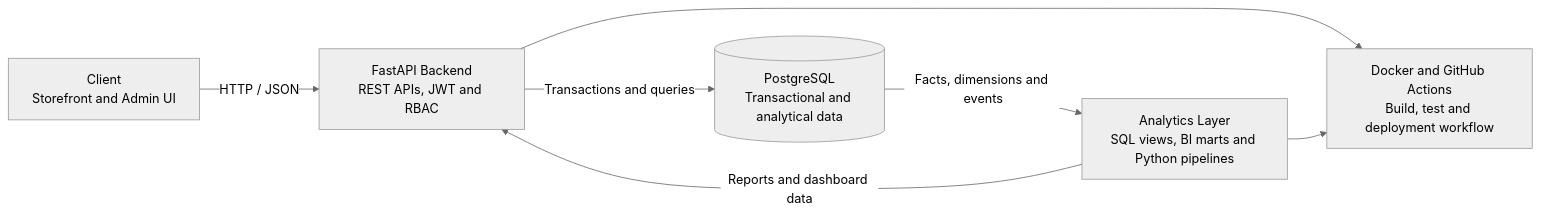
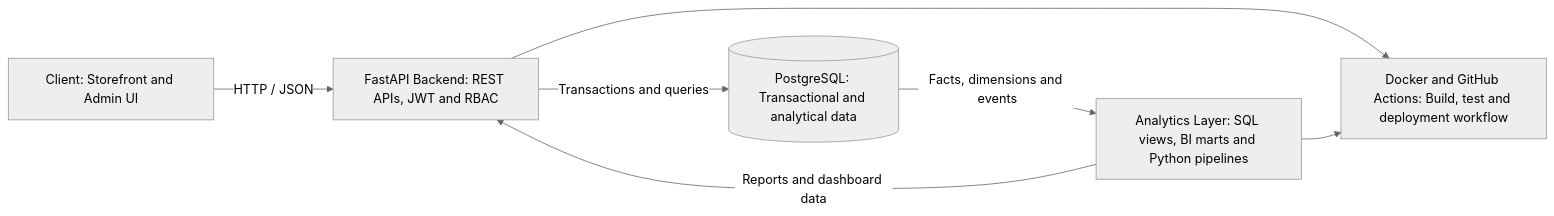
The first of 2 diagrams in README.md (girishk03/GlobalScart), drawn with Mermaid (neutral theme) before and after one commit. The commit also changed other lines of this file, not shown here.

````diff
--- a/README.md
+++ b/README.md
@@ -47,15 +47,15 @@
 ```mermaid
 flowchart LR
-    Client[Client<br/>Storefront and Admin UI]
-    API[FastAPI Backend<br/>REST APIs, JWT and RBAC]
-    DB[(PostgreSQL<br/>Transactional and analytical data)]
-    Analytics[Analytics Layer<br/>SQL views, BI marts and Python pipelines]
-    Delivery[Docker and GitHub Actions<br/>Build, test and deployment workflow]
+    Client["Client: Storefront and Admin UI"]
+    API["FastAPI Backend: REST APIs, JWT and RBAC"]
+    DB[("PostgreSQL: Transactional and analytical data")]
+    Analytics["Analytics Layer: SQL views, BI marts and Python pipelines"]
+    Delivery["Docker and GitHub Actions: Build, test and deployment workflow"]
 
     Client -->|HTTP / JSON| API
     API -->|Transactions and queries| DB
     DB -->|Facts, dimensions and events| Analytics
     Analytics -->|Reports and dashboard data| API
     API --> Delivery
     Analytics --> Delivery
 ```
````
